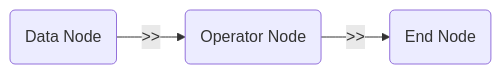
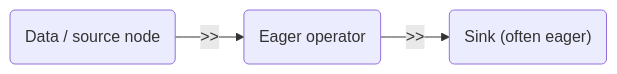
The diagram in docs/tutorial/core_concept.md (skim0119/MiV-OS), drawn with Mermaid before and after one commit. The commit also changed other lines of this file and 5 other files, not shown here.

````diff
--- a/docs/tutorial/core_concept.md
+++ b/docs/tutorial/core_concept.md
@@ -23,8 +22,8 @@
-```mermaid
+```{mermaid}
 graph LR
-    Data("Data Node")
-    Operator("Operator Node")
-    End("End Node")
-    Data -- ">>" --> Operator
-    Operator -- ">>" --> End
+    Data("Data / source node")
+    Op("Eager operator")
+    End("Sink (often eager)")
+    Data -- ">>" --> Op
+    Op -- ">>" --> End
 ```
````
